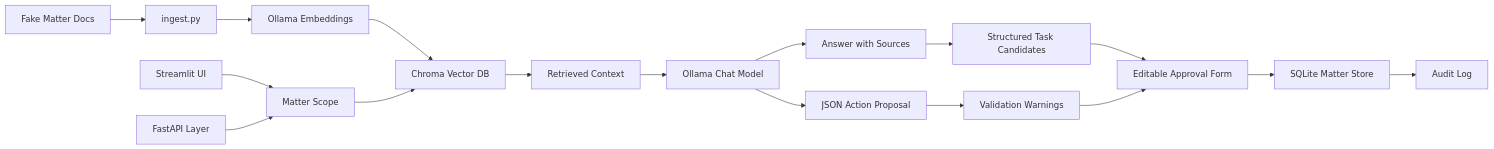
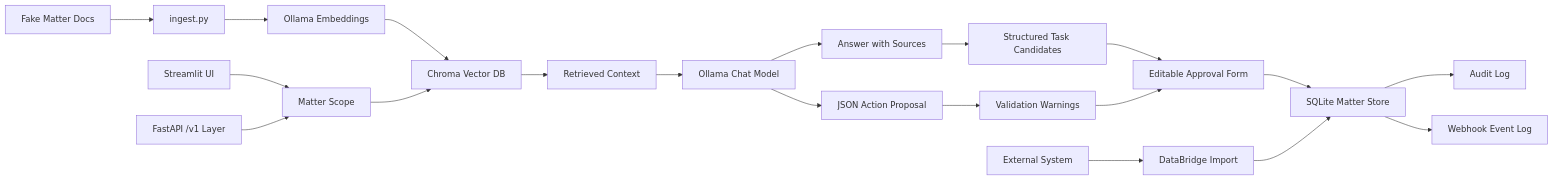
The diagram in README.md (GCdominguez/mini-lois-caseops), drawn with Mermaid before and after one commit. The commit also changed other lines of this file, not shown here.

Commit message:
Document v0.7 API platform hardening

````diff
--- a/README.md
+++ b/README.md
@@ -44,19 +53,22 @@
 ```mermaid
 flowchart LR
     A[Fake Matter Docs] --> B[ingest.py]
     B --> C[Ollama Embeddings]
     C --> D[Chroma Vector DB]
     E[Streamlit UI] --> F[Matter Scope]
-    API[FastAPI Layer] --> F
+    API[FastAPI /v1 Layer] --> F
     F --> D
     D --> G[Retrieved Context]
     G --> H[Ollama Chat Model]
     H --> I[Answer with Sources]
     I --> TC[Structured Task Candidates]
     H --> J[JSON Action Proposal]
     J --> K[Validation Warnings]
     TC --> L[Editable Approval Form]
     K --> L
     L --> M[SQLite Matter Store]
     M --> N[Audit Log]
+    M --> W[Webhook Event Log]
+    X[External System] --> DBI[DataBridge Import]
+    DBI --> M
 ```
````
